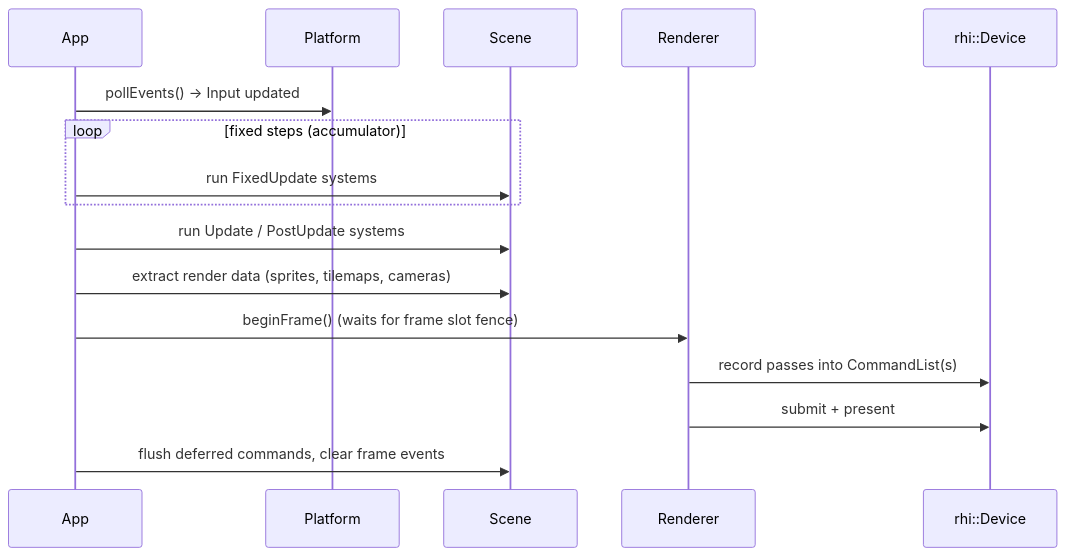
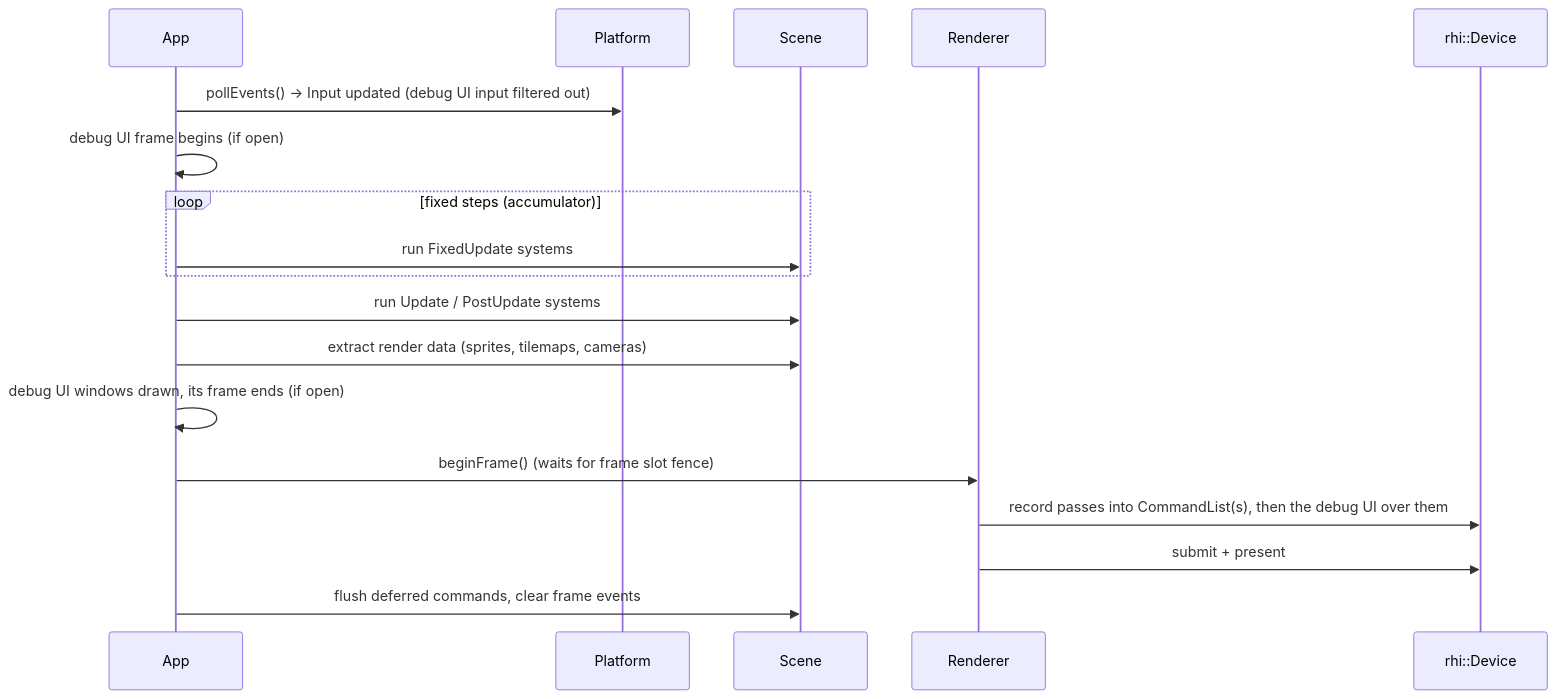
Before and after one commit to fyernald/teserra: the third of 3 diagrams in docs/architecture/overview.md, drawn with Mermaid. The commit also changed 29 other files, not shown here.

````diff
--- a/docs/architecture/overview.md
+++ b/docs/architecture/overview.md
@@ -105,18 +105,20 @@
 ```mermaid
 sequenceDiagram
     participant App
     participant Platform
     participant Scene
     participant Renderer
     participant Device as rhi::Device
-    App->>Platform: pollEvents() → Input updated
+    App->>Platform: pollEvents() → Input updated (debug UI input filtered out)
+    App->>App: debug UI frame begins (if open)
     loop fixed steps (accumulator)
         App->>Scene: run FixedUpdate systems
     end
     App->>Scene: run Update / PostUpdate systems
     App->>Scene: extract render data (sprites, tilemaps, cameras)
+    App->>App: debug UI windows drawn, its frame ends (if open)
     App->>Renderer: beginFrame() (waits for frame slot fence)
-    Renderer->>Device: record passes into CommandList(s)
+    Renderer->>Device: record passes into CommandList(s), then the debug UI over them
     Renderer->>Device: submit + present
     App->>Scene: flush deferred commands, clear frame events
 ```
````
